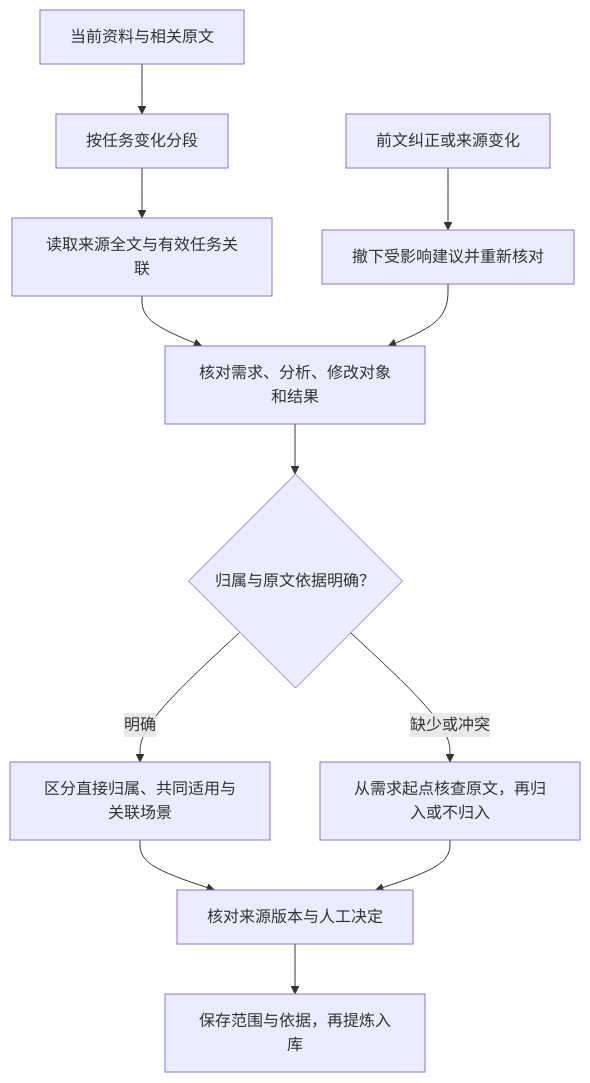
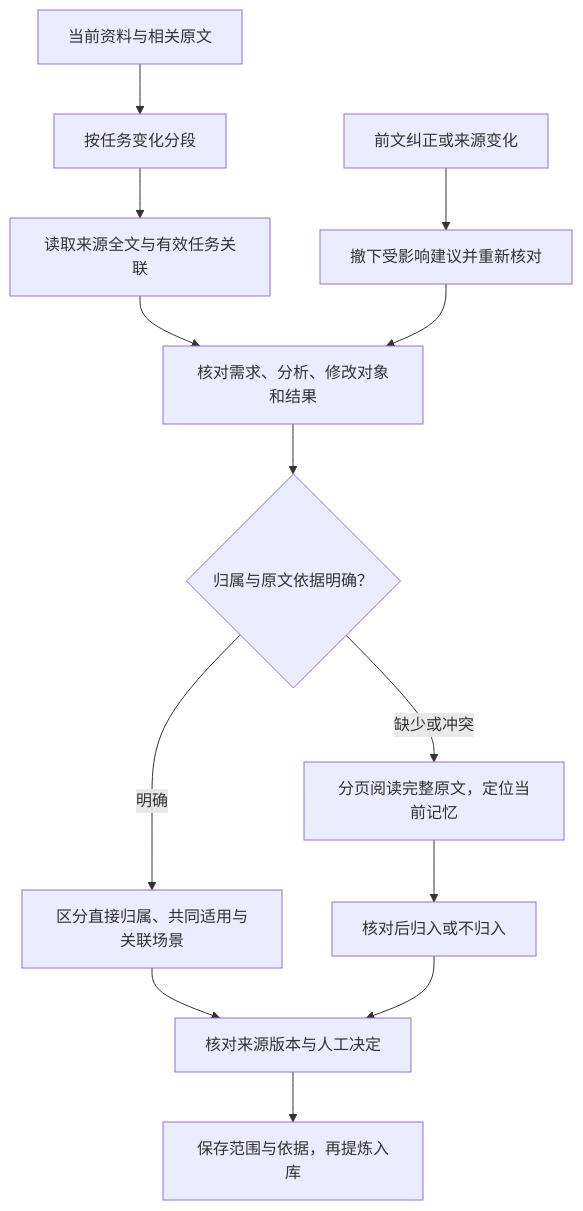
Before and after one commit to 1942293420/Evolvmem_MCP: the third of 3 diagrams in docs/context-core.md, drawn with Mermaid. The commit also changed other lines of this file and 8 other files, not shown here.

````diff
--- a/docs/context-core.md
+++ b/docs/context-core.md
@@ -234,14 +237,15 @@
 ```mermaid
 flowchart TD
   A[当前资料与相关原文] --> B[按任务变化分段]
   B --> K[读取来源全文与有效任务关联]
   K --> C[核对需求、分析、修改对象和结果]
   C --> D{归属与原文依据明确？}
   D -->|明确| E[区分直接归属、共同适用与关联场景]
-  D -->|缺少或冲突| F[从需求起点核查原文，再归入或不归入]
+  D -->|缺少或冲突| F[分页阅读完整原文，定位当前记忆]
+  F --> R[核对后归入或不归入]
   E --> G[核对来源版本与人工决定]
-  F --> G
+  R --> G
   G --> H[保存范围与依据，再提炼入库]
   I[前文纠正或来源变化] --> J[撤下受影响建议并重新核对]
   J --> C
 ```
````
